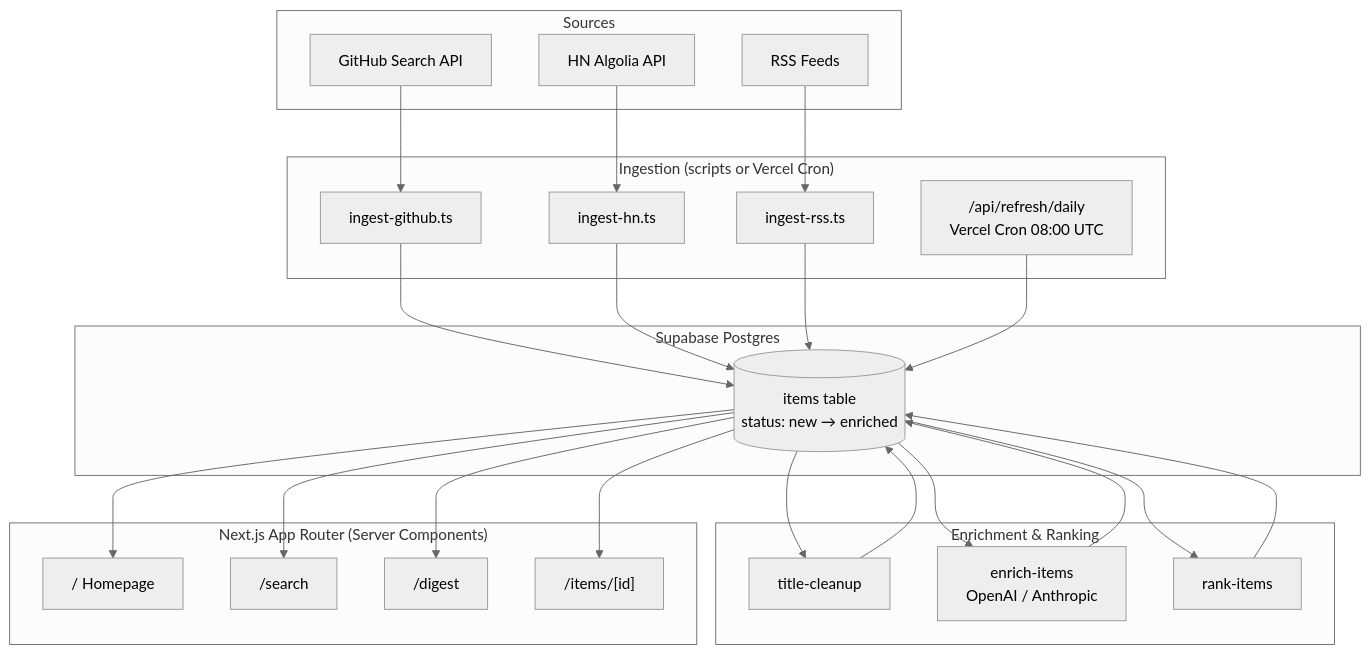
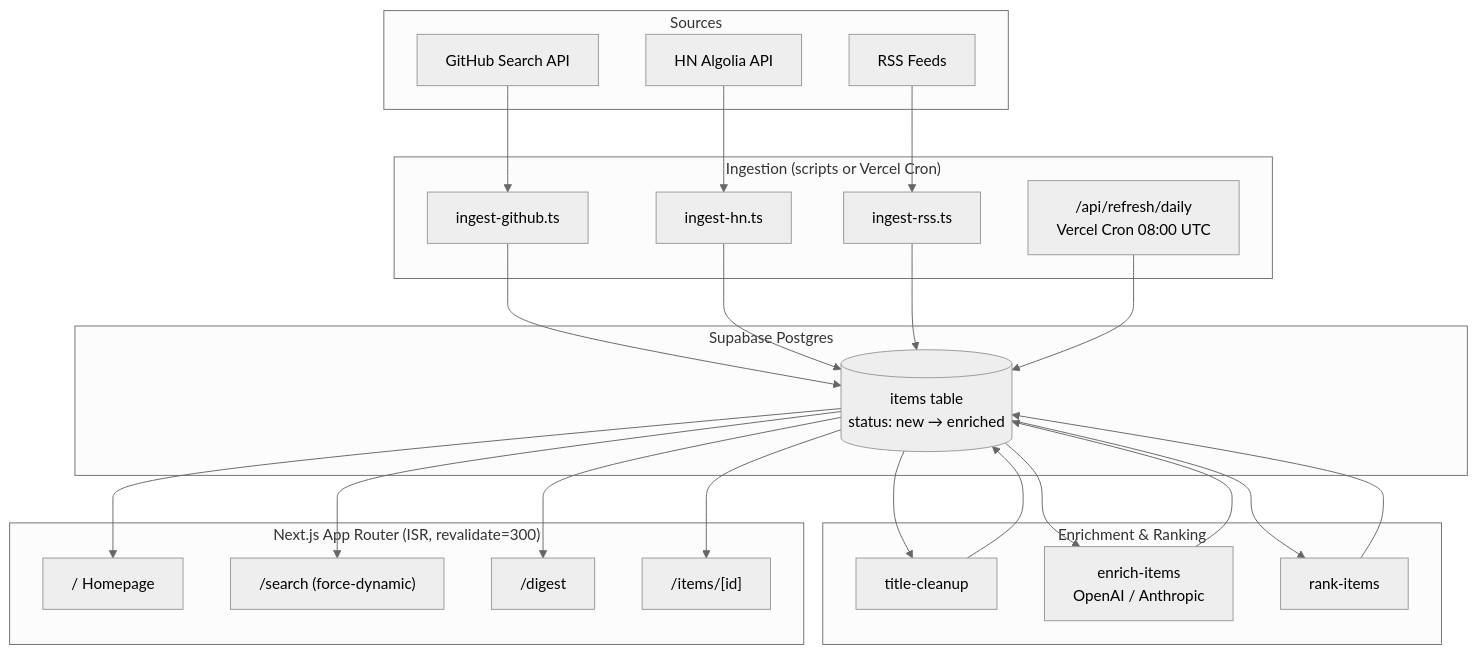
Before and after one commit to jrzh0714/agentradar: the diagram in README.md, drawn with Mermaid (neutral theme). The commit also changed other lines of this file, not shown here.

````diff
--- a/README.md
+++ b/README.md
@@ -47,44 +63,44 @@
 ```mermaid
 graph TD
     subgraph Sources
         GH[GitHub Search API]
         HN[HN Algolia API]
         RSS[RSS Feeds]
     end
 
     subgraph Ingestion ["Ingestion (scripts or Vercel Cron)"]
         IG[ingest-github.ts]
         IH[ingest-hn.ts]
         IR[ingest-rss.ts]
         CR["/api/refresh/daily<br/>Vercel Cron 08:00 UTC"]
     end
 
     subgraph Pipeline ["Enrichment & Ranking"]
         TC[title-cleanup]
         EN["enrich-items<br/>OpenAI / Anthropic"]
         RK[rank-items]
     end
 
     subgraph DB [Supabase Postgres]
         IT[("items table<br/>status: new → enriched")]
     end
 
-    subgraph App ["Next.js App Router (Server Components)"]
+    subgraph App ["Next.js App Router (ISR, revalidate=300)"]
         HP["/ Homepage"]
-        SP["/search"]
+        SP["/search (force-dynamic)"]
         DP["/digest"]
         IP["/items/[id]"]
     end
 
     GH --> IG --> IT
     HN --> IH --> IT
     RSS --> IR --> IT
     CR --> IT
     IT --> TC --> IT
     IT --> EN --> IT
     IT --> RK --> IT
     IT --> HP
     IT --> SP
     IT --> DP
     IT --> IP
 ```
````
